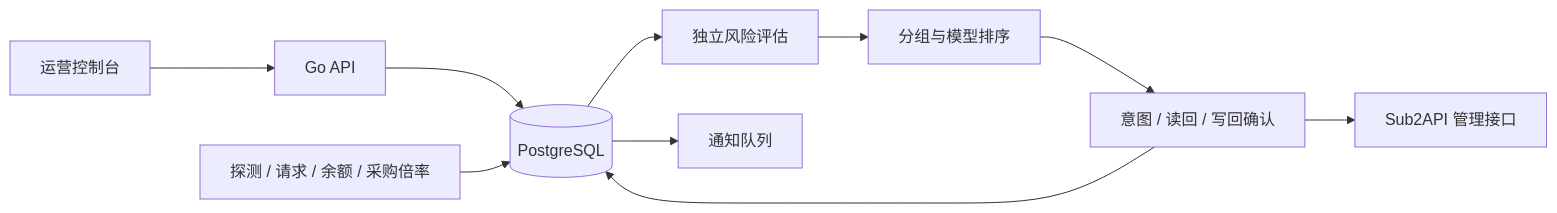
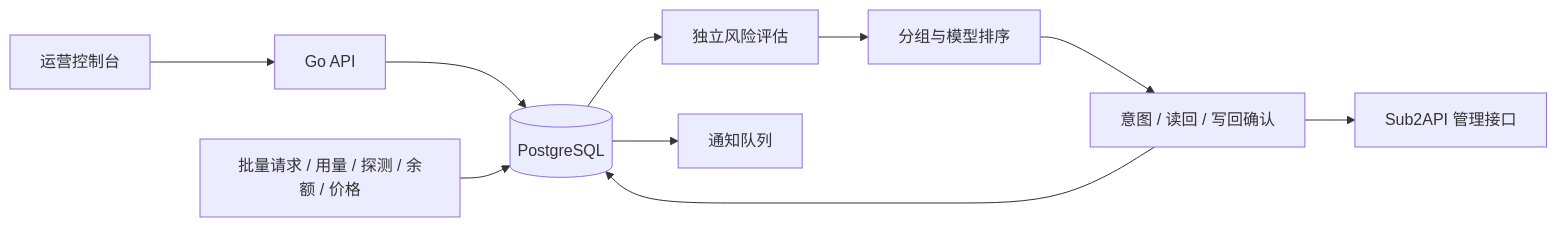
The diagram in docs/ARCHITECTURE.md (Tendo33/upstream-pilot), drawn with Mermaid before and after one commit. The commit also changed other lines of this file and 87 other files, not shown here.

````diff
--- a/docs/ARCHITECTURE.md
+++ b/docs/ARCHITECTURE.md
@@ -5,12 +5,12 @@
 ```mermaid
 flowchart LR
   UI[运营控制台] --> API[Go API]
   API --> DB[(PostgreSQL)]
-  Collector[探测 / 请求 / 余额 / 采购倍率] --> DB
+  Collector[批量请求 / 用量 / 探测 / 余额 / 价格] --> DB
   DB --> Policy[独立风险评估]
   Policy --> Planner[分组与模型排序]
   Planner --> Control[意图 / 读回 / 写回确认]
   Control --> Admin[Sub2API 管理接口]
   Control --> DB
   DB --> Notify[通知队列]
 ```
````
